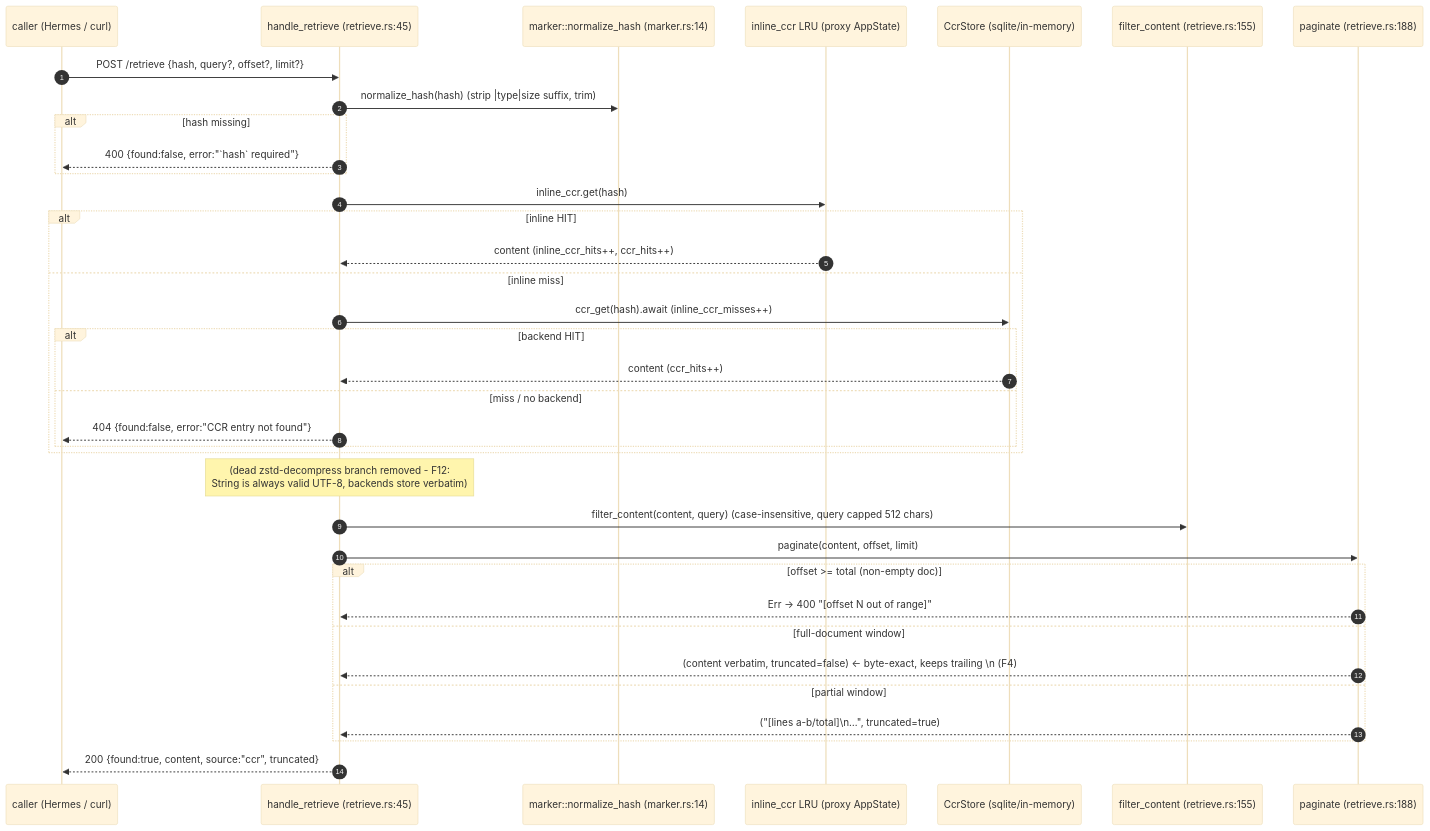
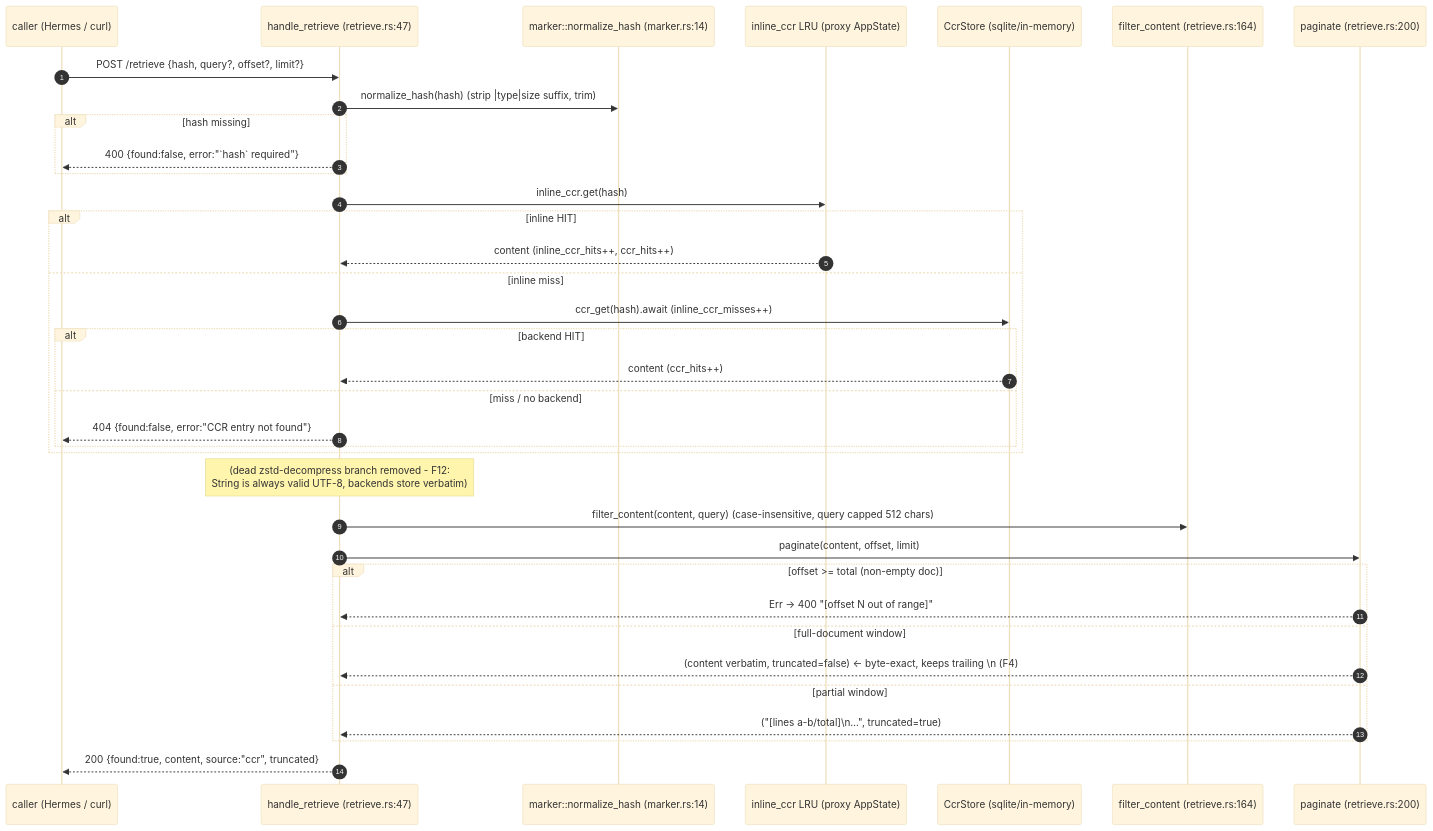
One commit to PlayForm/Aphrodite changed the first of 2 diagrams in .hermes/uml/03-retrieve.md. Above: the diagram before and after it, drawn with Mermaid (base theme). The commit also changed other lines of this file and 20 other files, not shown here.

````diff
--- a/.hermes/uml/03-retrieve.md
+++ b/.hermes/uml/03-retrieve.md
@@ -10,39 +10,39 @@
 ```mermaid
 sequenceDiagram
     autonumber
     participant C as caller (Hermes / curl)
-    participant HR as handle_retrieve (retrieve.rs:45)
+    participant HR as handle_retrieve (retrieve.rs:47)
     participant N as marker::normalize_hash (marker.rs:14)
     participant IL as inline_ccr LRU (proxy AppState)
     participant CCR as CcrStore (sqlite/in-memory)
-    participant F as filter_content (retrieve.rs:155)
-    participant P as paginate (retrieve.rs:188)
+    participant F as filter_content (retrieve.rs:164)
+    participant P as paginate (retrieve.rs:200)
 
     C->>HR: POST /retrieve {hash, query?, offset?, limit?}
     HR->>N: normalize_hash(hash)  (strip |type|size suffix, trim)
     alt hash missing
         HR-->>C: 400 {found:false, error:"`hash` required"}
     end
     HR->>IL: inline_ccr.get(hash)
     alt inline HIT
         IL-->>HR: content  (inline_ccr_hits++, ccr_hits++)
     else inline miss
         HR->>CCR: ccr_get(hash).await  (inline_ccr_misses++)
         alt backend HIT
             CCR-->>HR: content (ccr_hits++)
         else miss / no backend
             HR-->>C: 404 {found:false, error:"CCR entry not found"}
         end
     end
     Note over HR: (dead zstd-decompress branch removed - F12:<br/>String is always valid UTF-8, backends store verbatim)
     HR->>F: filter_content(content, query)  (case-insensitive, query capped 512 chars)
     HR->>P: paginate(content, offset, limit)
     alt offset >= total (non-empty doc)
         P-->>HR: Err → 400 "[offset N out of range]"
     else full-document window
         P-->>HR: (content verbatim, truncated=false)  ← byte-exact, keeps trailing \n (F4)
     else partial window
         P-->>HR: ("[lines a-b/total]\n…", truncated=true)
     end
     HR-->>C: 200 {found:true, content, source:"ccr", truncated}
 ```
````
